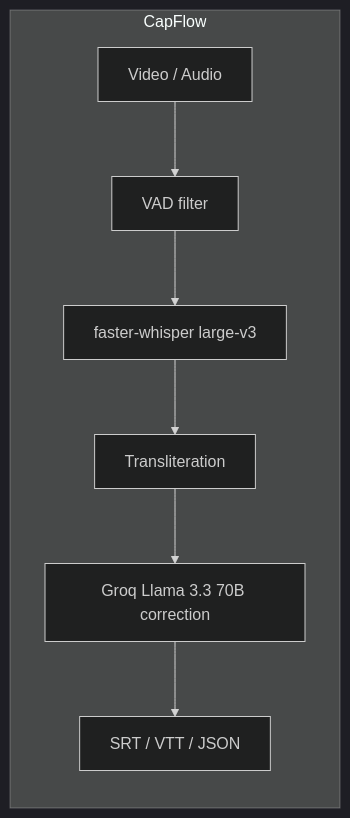
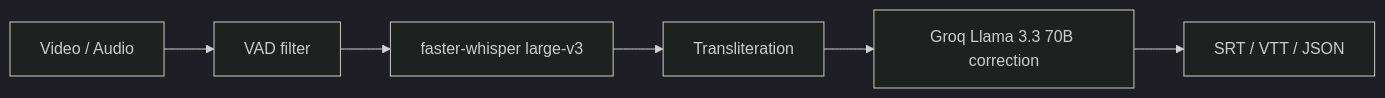
One commit to stutikatiyar/stutikatiyar changed the first of 2 diagrams in README.md. Above: the diagram before and after it, drawn with Mermaid (dark theme). The commit also changed other lines of this file, not shown here.

````diff
--- a/README.md
+++ b/README.md
@@ -107,10 +107,8 @@
 ```mermaid
 flowchart LR
-    subgraph CapFlow
-        A[Video / Audio] --> B[VAD filter]
-        B --> C[faster-whisper large-v3]
-        C --> D[Transliteration]
-        D --> E[Groq Llama 3.3 70B correction]
-        E --> F[SRT / VTT / JSON]
-    end
+    A[Video / Audio] --> B[VAD filter]
+    B --> C[faster-whisper large-v3]
+    C --> D[Transliteration]
+    D --> E[Groq Llama 3.3 70B correction]
+    E --> F[SRT / VTT / JSON]
 ```
````
